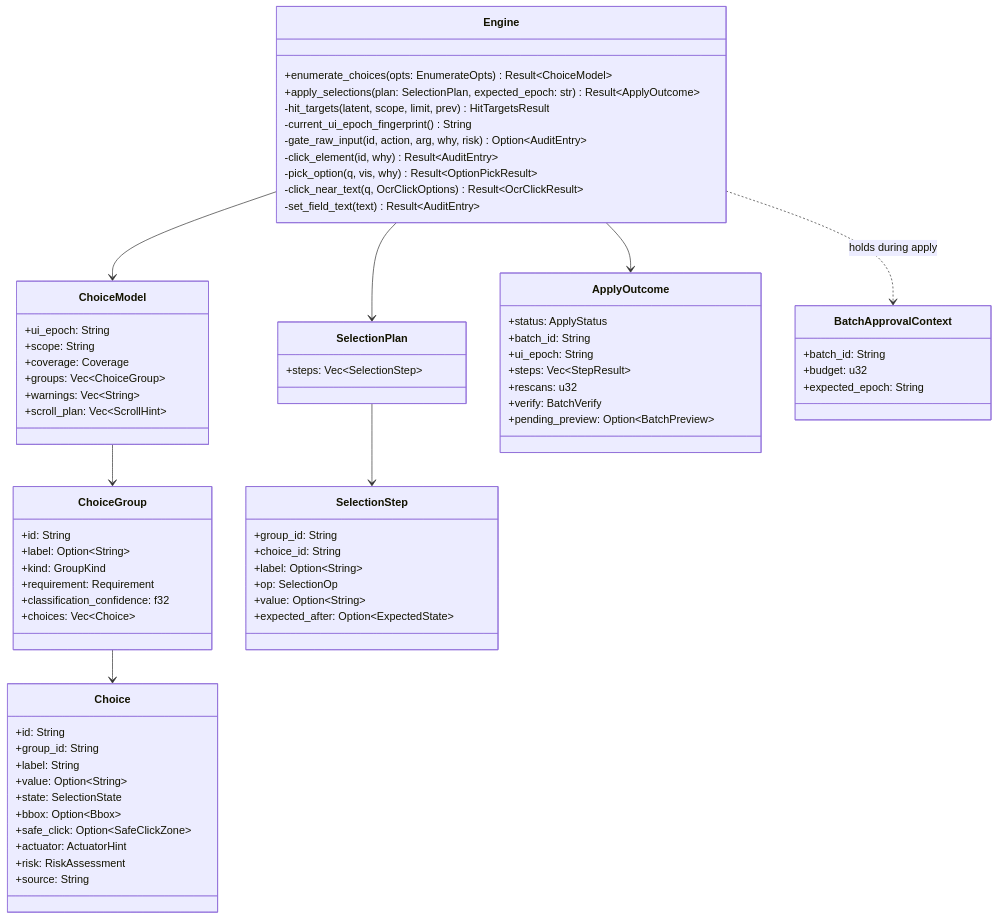
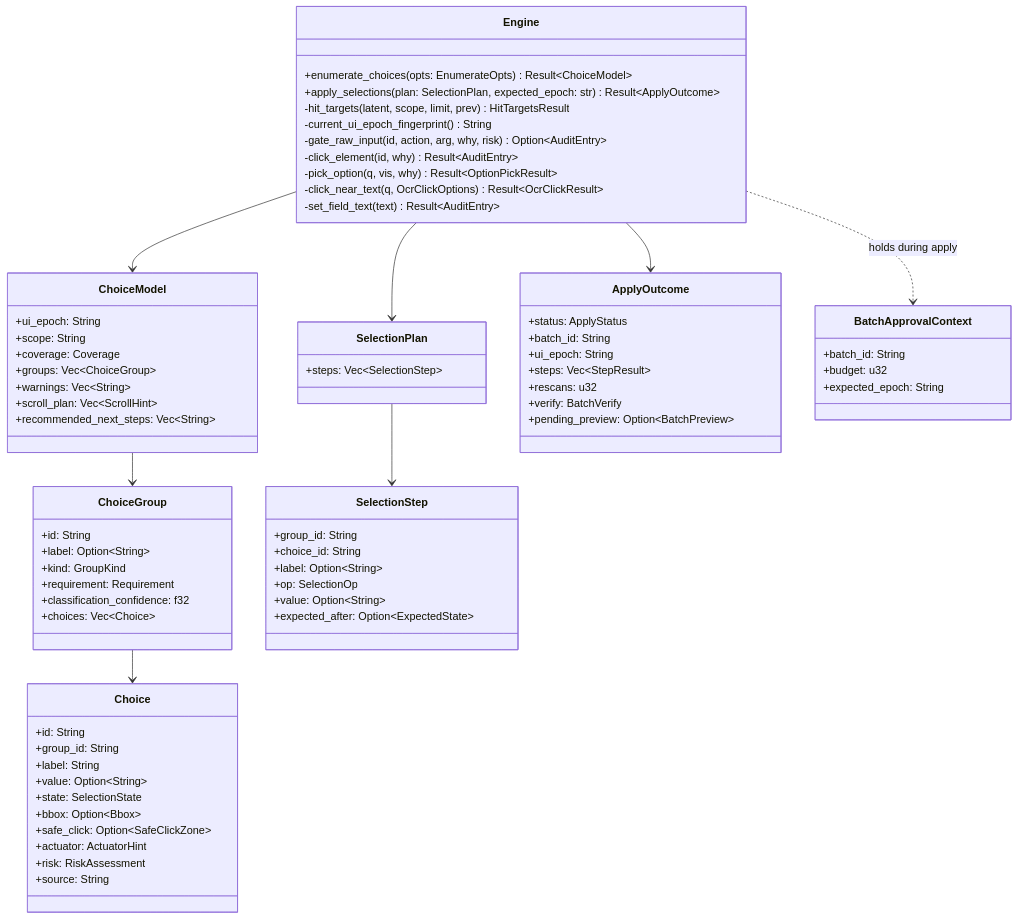
One commit to azerozero/dunst changed the second of 8 diagrams in docs/design/LLD-batch-choice-enumeration-selection.md. Above: the diagram before and after it, drawn with Mermaid. The commit also changed other lines of this file and 55 other files, not shown here.

````diff
--- a/docs/design/LLD-batch-choice-enumeration-selection.md
+++ b/docs/design/LLD-batch-choice-enumeration-selection.md
@@ -177,77 +179,78 @@
 ```mermaid
 classDiagram
     class Engine {
         +enumerate_choices(opts: EnumerateOpts) Result~ChoiceModel~
         +apply_selections(plan: SelectionPlan, expected_epoch: str) Result~ApplyOutcome~
         -hit_targets(latent, scope, limit, prev) HitTargetsResult
         -current_ui_epoch_fingerprint() String
         -gate_raw_input(id, action, arg, why, risk) Option~AuditEntry~
         -click_element(id, why) Result~AuditEntry~
         -pick_option(q, vis, why) Result~OptionPickResult~
         -click_near_text(q, OcrClickOptions) Result~OcrClickResult~
         -set_field_text(text) Result~AuditEntry~
     }
 
     class ChoiceModel {
         +ui_epoch: String
         +scope: String
         +coverage: Coverage
         +groups: Vec~ChoiceGroup~
         +warnings: Vec~String~
         +scroll_plan: Vec~ScrollHint~
+        +recommended_next_steps: Vec~String~
     }
     class ChoiceGroup {
         +id: String
         +label: Option~String~
         +kind: GroupKind
         +requirement: Requirement
         +classification_confidence: f32
         +choices: Vec~Choice~
     }
     class Choice {
         +id: String
         +group_id: String
         +label: String
         +value: Option~String~
         +state: SelectionState
         +bbox: Option~Bbox~
         +safe_click: Option~SafeClickZone~
         +actuator: ActuatorHint
         +risk: RiskAssessment
         +source: String
     }
 
     class SelectionPlan {
         +steps: Vec~SelectionStep~
     }
     class SelectionStep {
         +group_id: String
         +choice_id: String
         +label: Option~String~
         +op: SelectionOp
         +value: Option~String~
         +expected_after: Option~ExpectedState~
     }
     class ApplyOutcome {
         +status: ApplyStatus
         +batch_id: String
         +ui_epoch: String
         +steps: Vec~StepResult~
         +rescans: u32
         +verify: BatchVerify
         +pending_preview: Option~BatchPreview~
     }
     class BatchApprovalContext {
         +batch_id: String
         +budget: u32
         +expected_epoch: String
     }
 
     Engine --> ChoiceModel
     Engine --> SelectionPlan
     Engine --> ApplyOutcome
     Engine ..> BatchApprovalContext : holds during apply
     ChoiceModel --> ChoiceGroup
     ChoiceGroup --> Choice
     SelectionPlan --> SelectionStep
 ```
````
